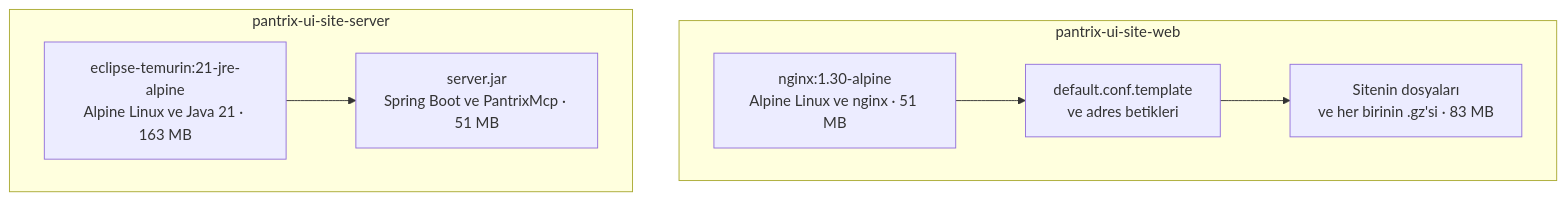
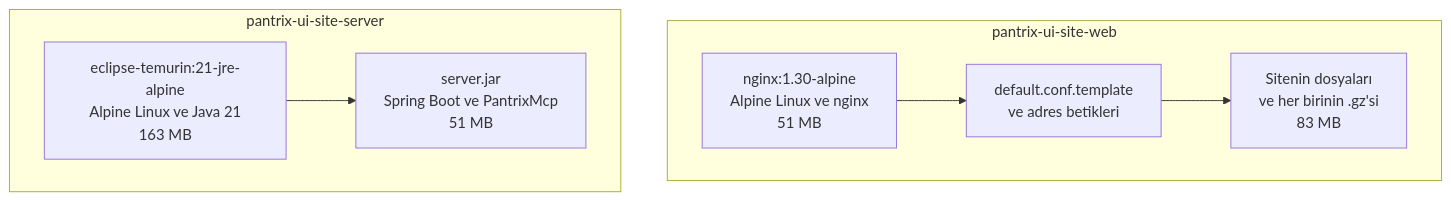
One commit to develappsancho/pantrix-ui-site changed the sixth of 10 diagrams in docs/deploy/ARCHITECTURE_GUIDE.md. Above: the diagram before and after it, drawn with Mermaid. The commit also changed other lines of this file and 12 other files, not shown here.

Commit message:
[DOCS][Add a picture of each architecture diagram and the script that draws them, and Fold the diagrams' Mermaid sources under them]

````diff
--- a/docs/deploy/ARCHITECTURE_GUIDE.md
+++ b/docs/deploy/ARCHITECTURE_GUIDE.md
@@ -171,9 +211,9 @@
 ```mermaid
 flowchart TB
     subgraph webimg["pantrix-ui-site-web"]
-        w1["nginx:1.30-alpine<br/>Alpine Linux ve nginx · 51 MB"] --> w2["default.conf.template<br/>ve adres betikleri"] --> w3["Sitenin dosyaları<br/>ve her birinin .gz'si · 83 MB"]
+        w1["nginx:1.30-alpine<br/>Alpine Linux ve nginx<br/>51 MB"] --> w2["default.conf.template<br/>ve adres betikleri"] --> w3["Sitenin dosyaları<br/>ve her birinin .gz'si<br/>83 MB"]
     end
     subgraph srvimg["pantrix-ui-site-server"]
-        s1["eclipse-temurin:21-jre-alpine<br/>Alpine Linux ve Java 21 · 163 MB"] --> s2["server.jar<br/>Spring Boot ve PantrixMcp · 51 MB"]
+        s1["eclipse-temurin:21-jre-alpine<br/>Alpine Linux ve Java 21<br/>163 MB"] --> s2["server.jar<br/>Spring Boot ve PantrixMcp<br/>51 MB"]
     end
 ```
````
